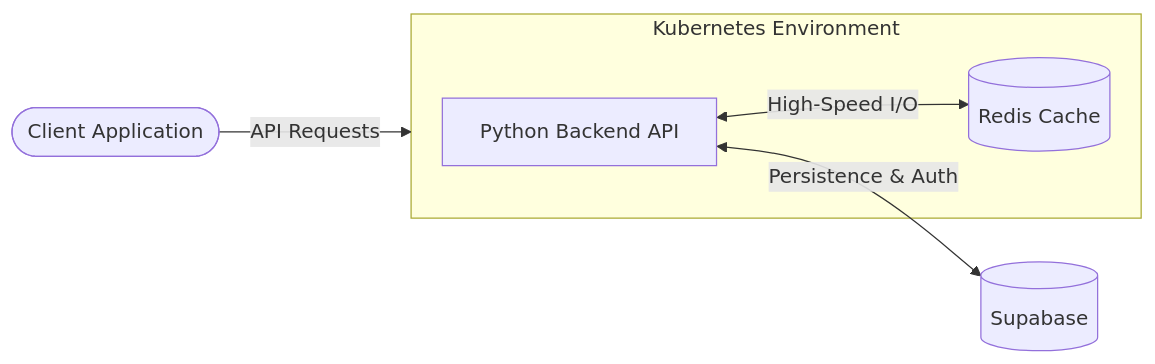
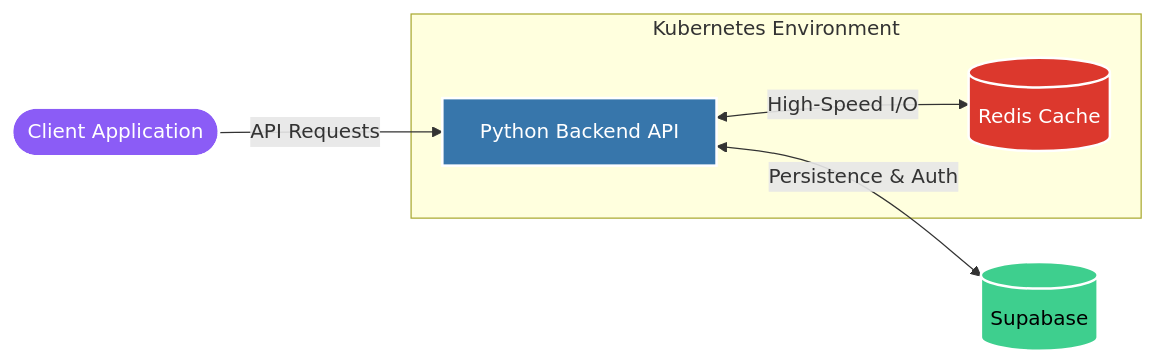
The diagram in README.md (VEERESH1219/VEERESH1219), drawn with Mermaid before and after one commit.

Commit message:
upgrades architecture

````diff
--- a/README.md
+++ b/README.md
@@ -45,12 +45,22 @@
 ```mermaid
 graph LR
-    Client([Client Application]) -->|API Requests| K8s[Kubernetes Cluster]
+    Client([Client Application]) -->|API Requests| API
     
-    subgraph K8s [Kubernetes Environment]
+    subgraph K8sEnv [Kubernetes Environment]
         API[Python Backend API] 
         Cache[(Redis Cache)]
         API <-->|High-Speed I/O| Cache
     end
     
     API <-->|Persistence & Auth| Supabase[(Supabase)]
+    
+    classDef client fill:#8b5cf6,stroke:#fff,stroke-width:2px,color:#fff
+    classDef backend fill:#3776ab,stroke:#fff,stroke-width:2px,color:#fff
+    classDef cache fill:#dc382d,stroke:#fff,stroke-width:2px,color:#fff
+    classDef db fill:#3ecf8e,stroke:#fff,stroke-width:2px,color:#000
+    
+    class Client client
+    class API backend
+    class Cache cache
+    class Supabase db
 ```
````
